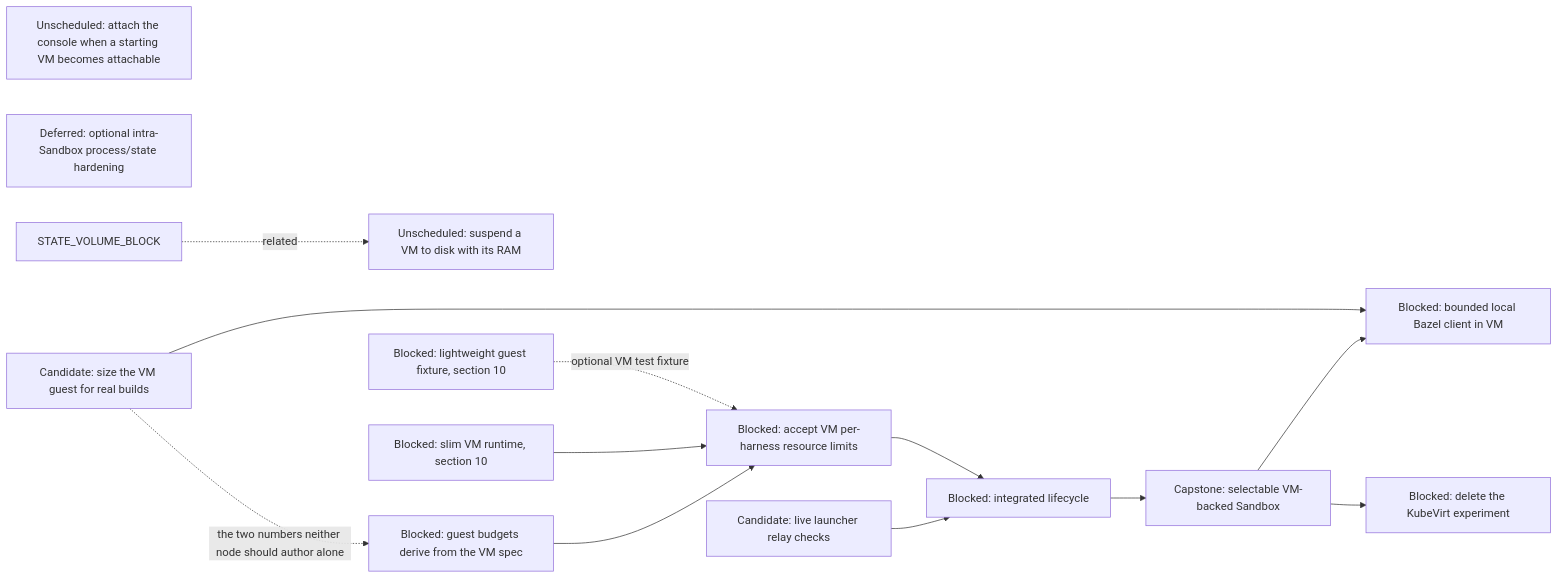
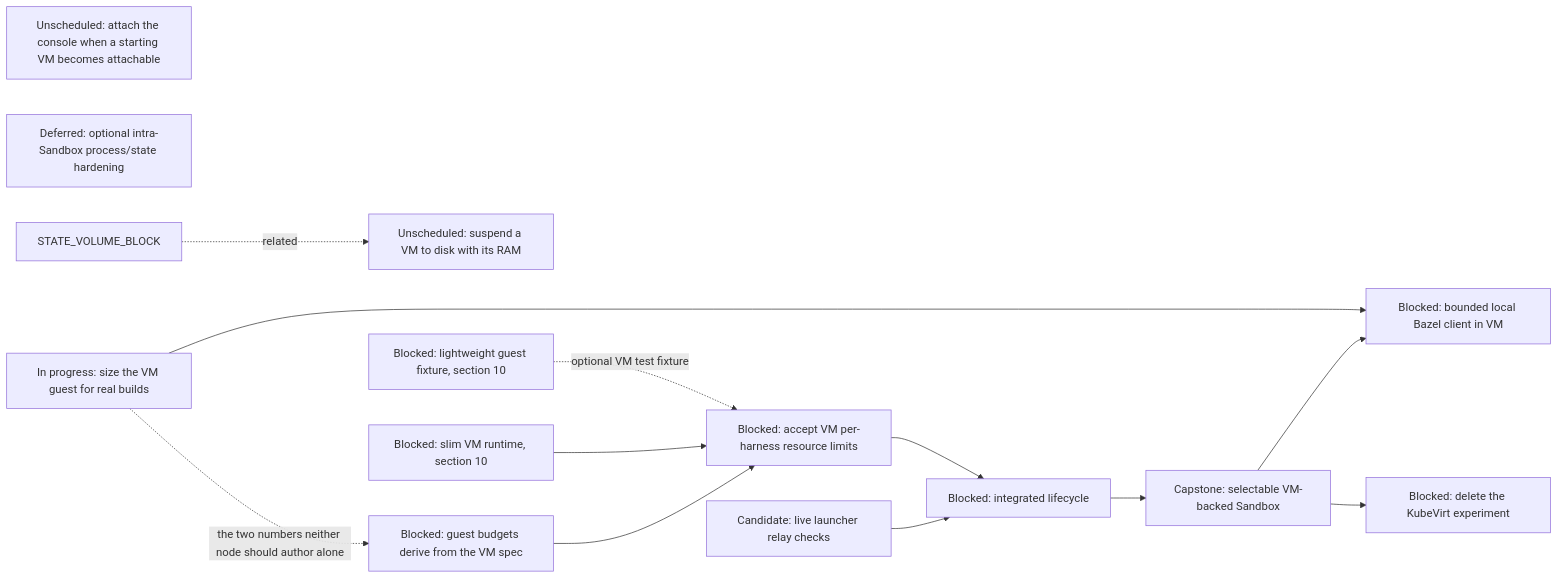
Before and after one commit to agentydragon/ducktape: the sixth of 16 diagrams in agentplane/plans/task_dag.md, drawn with Mermaid. The commit also changed other lines of this file and 4 other files, not shown here.

````diff
--- a/agentplane/plans/task_dag.md
+++ b/agentplane/plans/task_dag.md
@@ -423,24 +423,24 @@
 ```mermaid
 flowchart LR
     VM_EGRESS[Candidate: live launcher relay checks]
     VM_RAM_SUSPEND[Unscheduled: suspend a VM to disk with its RAM]
     VM_CONSOLE_DEFERRED_ATTACH[Unscheduled: attach the console when a starting VM becomes attachable]
     VM_HARNESS_RESOURCE_LIMITS[Blocked: accept VM per-harness resource limits]
     VM_INTRA_SANDBOX_HARDENING[Deferred: optional intra-Sandbox process/state hardening]
     RUNNER_LAYERING_VM[Blocked: slim VM runtime, section 10]
     K3S_VM_IMAGE[Blocked: lightweight guest fixture, section 10]
     VM_LIFECYCLE[Blocked: integrated lifecycle]
     STATE_VOLUME_BLOCK -. related .-> VM_RAM_SUSPEND
     VM_EGRESS --> VM_LIFECYCLE
     VM_HARNESS_RESOURCE_LIMITS --> VM_LIFECYCLE
     VM_GUEST_BUDGET_DERIVE --> VM_HARNESS_RESOURCE_LIMITS
     RUNNER_LAYERING_VM --> VM_HARNESS_RESOURCE_LIMITS
     K3S_VM_IMAGE -. optional VM test fixture .-> VM_HARNESS_RESOURCE_LIMITS
     VM_LIFECYCLE --> SANDBOX_VM_ISOLATION[Capstone: selectable VM-backed Sandbox]
-    VM_GUEST_MEMORY[Candidate: size the VM guest for real builds]
+    VM_GUEST_MEMORY[In progress: size the VM guest for real builds]
     VM_GUEST_BUDGET_DERIVE[Blocked: guest budgets derive from the VM spec]
     VM_GUEST_MEMORY -. the two numbers neither node should author alone .-> VM_GUEST_BUDGET_DERIVE
     SANDBOX_VM_ISOLATION --> LOCAL_BAZEL[Blocked: bounded local Bazel client in VM]
     VM_GUEST_MEMORY --> LOCAL_BAZEL
     SANDBOX_VM_ISOLATION --> KUBEVIRT_EXPERIMENT_RETIRE[Blocked: delete the KubeVirt experiment]
 ```
````
